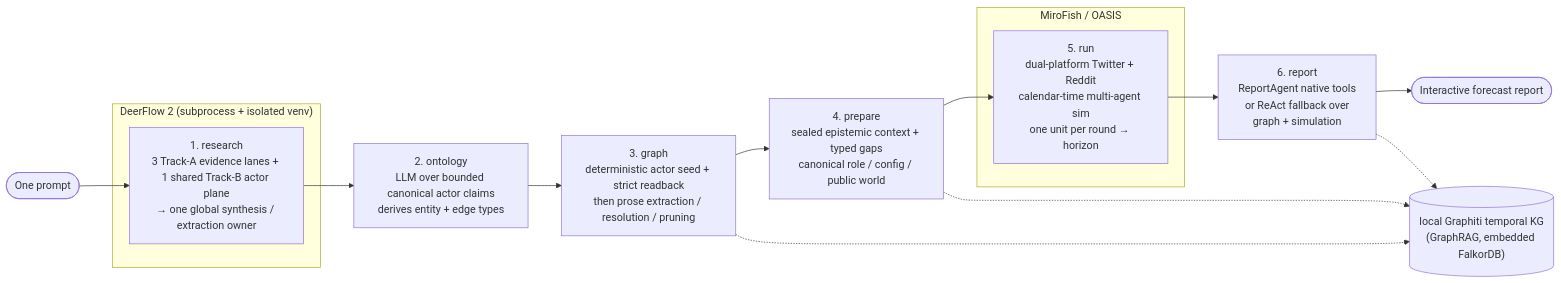
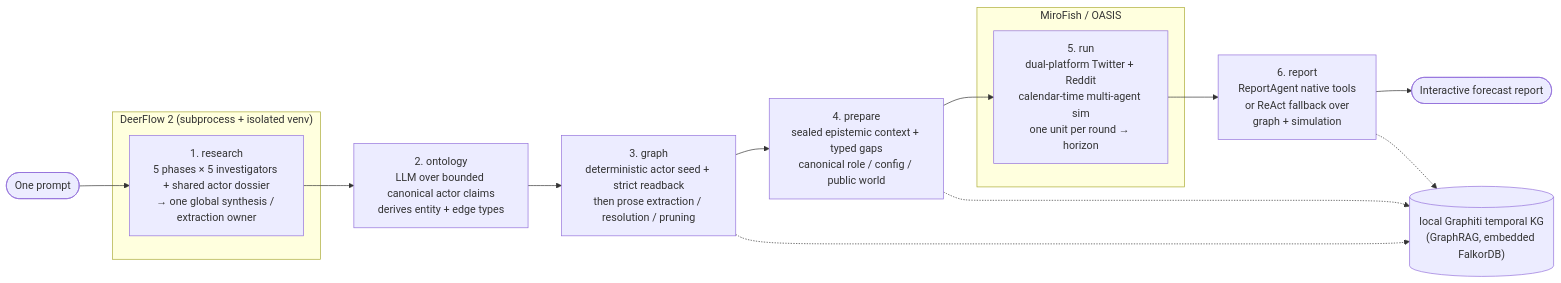
The first of 2 diagrams in README.md (linroger/DeepAgentForecast), drawn with Mermaid before and after one commit. The commit also changed other lines of this file and 4 other files, not shown here.

````diff
--- a/README.md
+++ b/README.md
@@ -179,25 +227,25 @@
 ```mermaid
 flowchart LR
     P([One prompt]) --> R
 
     subgraph DeerFlow["DeerFlow 2 (subprocess + isolated venv)"]
-        R["1. research<br/>3 Track-A evidence lanes + 1 shared Track-B actor plane<br/>→ one global synthesis / extraction owner"]
+        R["1. research<br/>5 phases × 5 investigators + shared actor dossier<br/>→ one global synthesis / extraction owner"]
     end
 
     R --> O["2. ontology<br/>LLM over bounded canonical actor claims<br/>derives entity + edge types"]
     O --> G["3. graph<br/>deterministic actor seed + strict readback<br/>then prose extraction / resolution / pruning"]
     G --> PR["4. prepare<br/>sealed epistemic context + typed gaps<br/>canonical role / config / public world"]
 
     subgraph OASIS["MiroFish / OASIS"]
         RUN["5. run<br/>dual-platform Twitter + Reddit<br/>calendar-time multi-agent sim<br/>one unit per round → horizon"]
     end
 
     PR --> RUN
     RUN --> REP["6. report<br/>ReportAgent native tools<br/>or ReAct fallback over<br/>graph + simulation"]
     REP --> F([Interactive forecast report])
 
     KG[("local Graphiti temporal KG<br/>(GraphRAG, embedded FalkorDB)")]
     G -.-> KG
     PR -.-> KG
     REP -.-> KG
 ```
````
